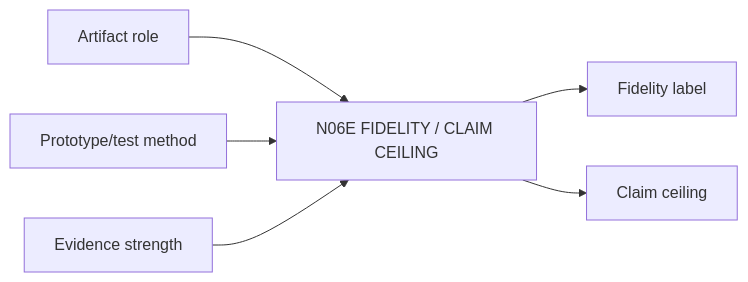
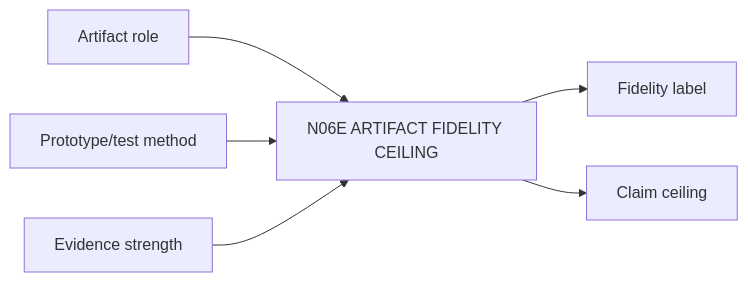
The diagram in product-docs/v0.3/nodes/atomic/N06E_FIDELITY_CLAIM_CEILING.md (Jiaosong/Design), drawn with Mermaid before and after one commit. The commit also changed other lines of this file and 71 other files, not shown here.

````diff
--- a/product-docs/v0.3/nodes/atomic/N06E_FIDELITY_CLAIM_CEILING.md
+++ b/product-docs/v0.3/nodes/atomic/N06E_FIDELITY_CLAIM_CEILING.md
@@ -20,8 +20,8 @@
 ```mermaid
 flowchart LR
-    I0[Artifact role] --> N[N06E FIDELITY / CLAIM CEILING]
-    I1[Prototype/test method] --> N[N06E FIDELITY / CLAIM CEILING]
-    I2[Evidence strength] --> N[N06E FIDELITY / CLAIM CEILING]
+    I0[Artifact role] --> N[N06E ARTIFACT FIDELITY CEILING]
+    I1[Prototype/test method] --> N[N06E ARTIFACT FIDELITY CEILING]
+    I2[Evidence strength] --> N[N06E ARTIFACT FIDELITY CEILING]
     N --> O0[Fidelity label]
     N --> O1[Claim ceiling]
 ```
````
